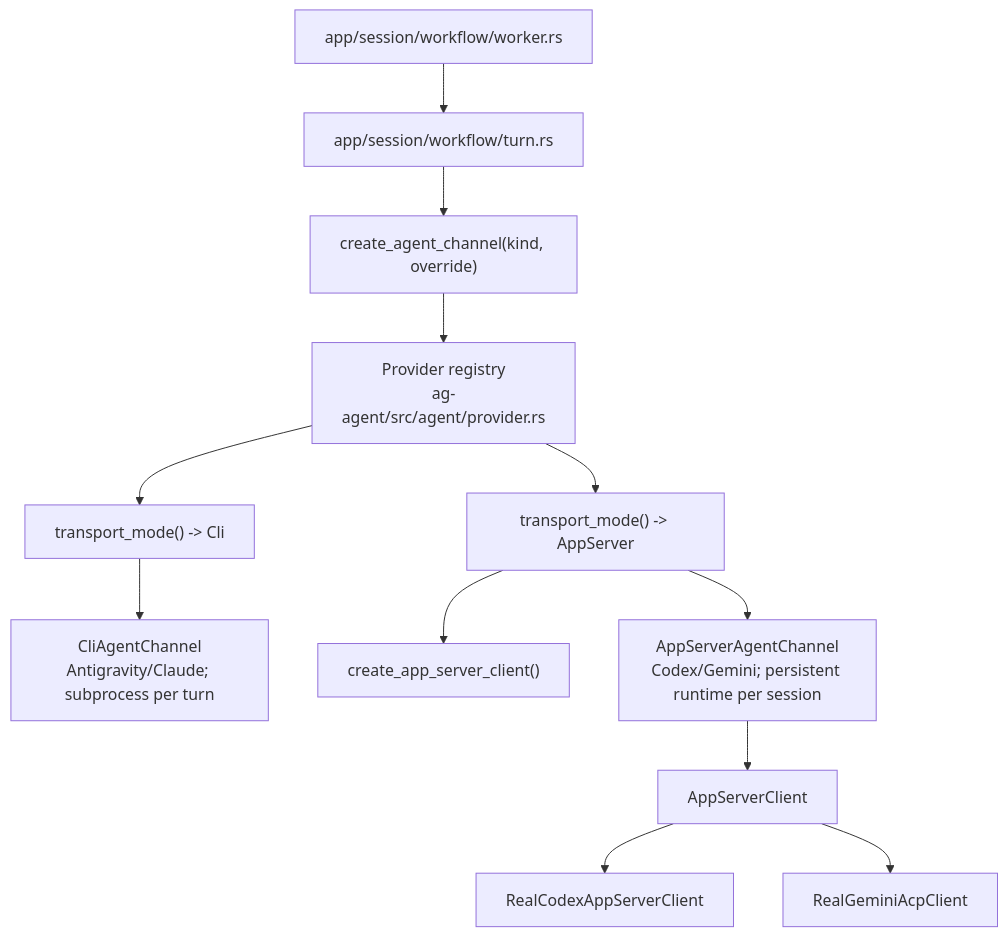
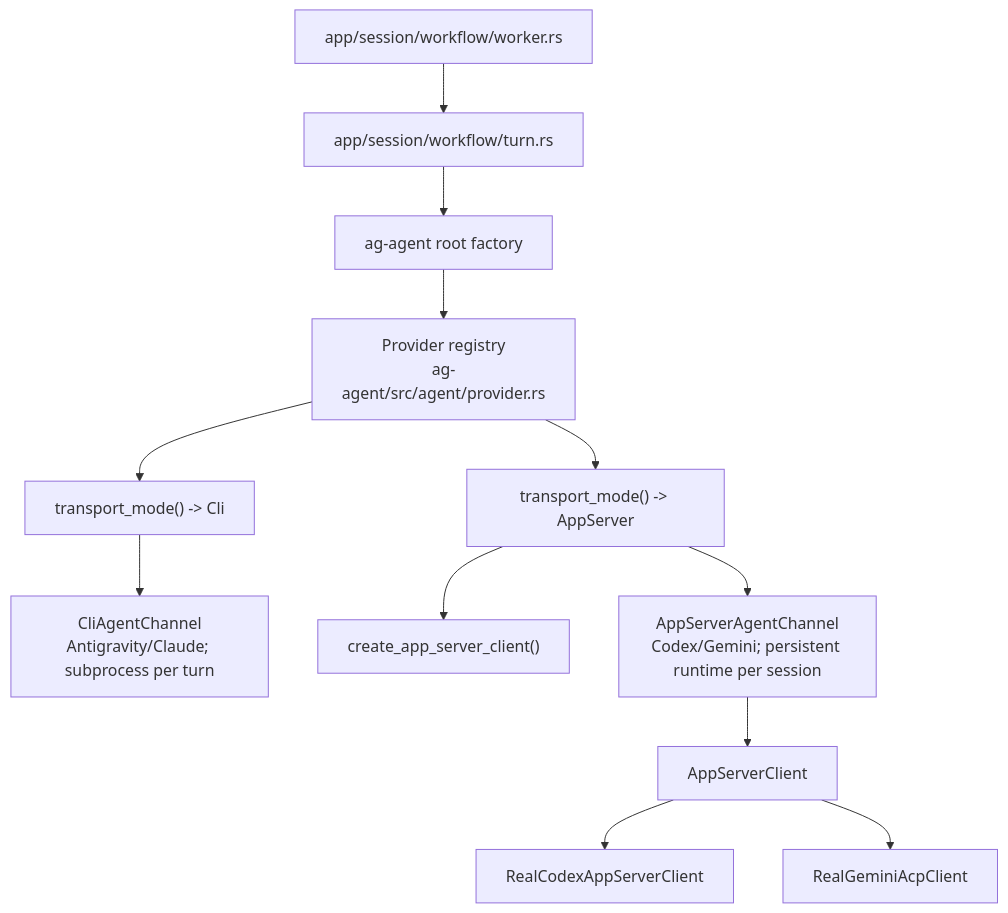
Before and after one commit to agentty-xyz/agentty: the second of 2 diagrams in docs/site/content/docs/architecture/runtime-flow.md, drawn with Mermaid. The commit also changed other lines of this file and 52 other files, not shown here.

First line of the commit message:
Hide ag-agent internals behind crate root

````diff
--- a/docs/site/content/docs/architecture/runtime-flow.md
+++ b/docs/site/content/docs/architecture/runtime-flow.md
@@ -218,27 +218,27 @@
 ```mermaid
 flowchart TD
   worker["app/session/workflow/worker.rs"]
   turn["app/session/workflow/turn.rs"]
-  factory["create_agent_channel(kind, override)"]
+  factory["ag-agent root factory"]
   provider["Provider registry<br/>ag-agent/src/agent/provider.rs"]
   cli_mode["transport_mode() -> Cli"]
   cli_channel["CliAgentChannel<br/>Antigravity/Claude; subprocess per turn"]
   app_server_mode["transport_mode() -> AppServer"]
   app_server_client["create_app_server_client()"]
   app_server_channel["AppServerAgentChannel<br/>Codex/Gemini; persistent runtime per session"]
   client_trait["AppServerClient"]
   codex_client["RealCodexAppServerClient"]
   gemini_client["RealGeminiAcpClient"]
 
   worker --> turn
   turn --> factory
   factory --> provider
   provider --> cli_mode
   cli_mode --> cli_channel
   provider --> app_server_mode
   app_server_mode --> app_server_client
   app_server_mode --> app_server_channel
   app_server_channel --> client_trait
   client_trait --> codex_client
   client_trait --> gemini_client
 ```
````
